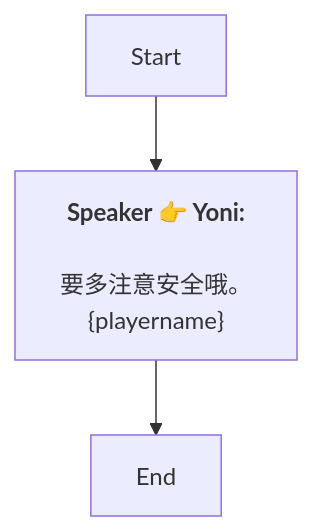
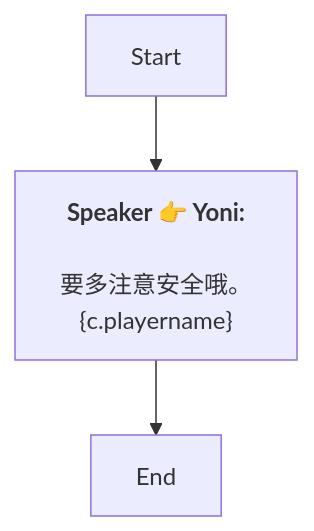
One commit to SoftHu/tos_avg changed the diagram in Zh/AddDialogNode_1738349488666732.md. Above: the diagram before and after it, drawn with Mermaid. The commit also changed 410 other files, not shown here.

````diff
--- a/Zh/AddDialogNode_1738349488666732.md
+++ b/Zh/AddDialogNode_1738349488666732.md
@@ -1,8 +1,8 @@
 ```mermaid
 graph
 Start -->1738350054375537[<b>Speaker 👉 Yoni:</b>
 \n要多注意安全哦。
-&lbrace;playername&rbrace;]
+&lbrace;c.playername&rbrace;]
 1738350054375537 -->1738350090959986[End]
 
 ```
````
